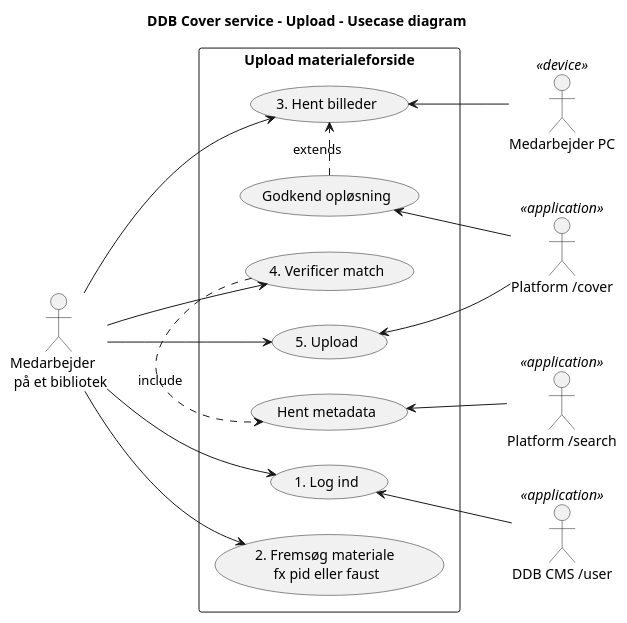
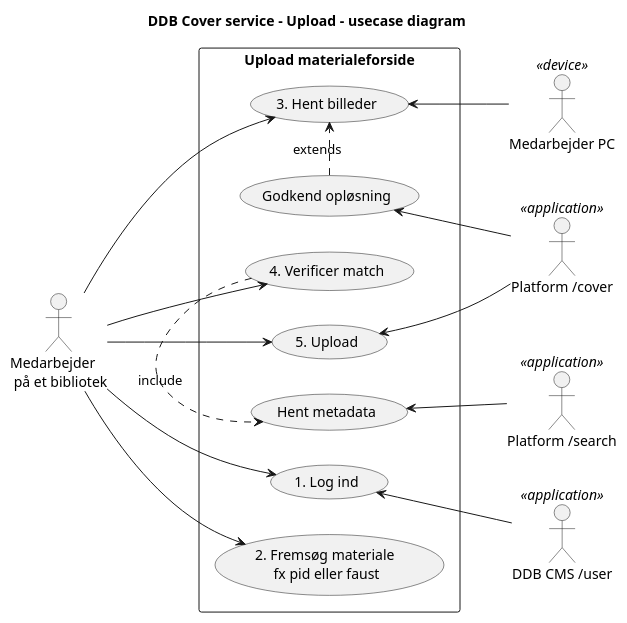
Before and after one commit to danskernesdigitalebibliotek/plantuml: the diagram in docs/services/cover/material_cover-upload_usecase_diagram.puml, drawn with PlantUML.

```diff
--- a/docs/services/cover/material_cover-upload_usecase_diagram.puml
+++ b/docs/services/cover/material_cover-upload_usecase_diagram.puml
@@ -1,34 +1,34 @@
 @startuml
 
-title "DDB Cover service - Upload - Usecase diagram"
+title "DDB Cover service - Upload - usecase diagram"
 
 left to right direction
 skinparam packageStyle rectangle
 
 actor "Medarbejder \n på et bibliotek" as medarbejder
 actor "Platform /cover" <<application>> as cover
 actor "Platform /search" <<application>> as search
 actor "Medarbejder PC" <<device>> as computer
 actor "DDB CMS /user" <<application>> as login
 
 rectangle "Upload materialeforside" {
 
 
     :medarbejder: --> (1. Log ind)
     (1. Log ind) <-- :login:
    
     :medarbejder: --> (3. Hent billeder)
     (Godkend opløsning) <-- :cover:
     (3. Hent billeder) <-- :computer:
     (Godkend opløsning) .> (3. Hent billeder) : extends
     :medarbejder: --> (2. Fremsøg materiale \n fx pid eller faust )
     
     :medarbejder: --> (4. Verificer match)
     (4. Verificer match) .> (Hent metadata) : include
     (Hent metadata) <-- :search:
 
     :medarbejder: --> (5. Upload)
     (5. Upload) <-- :cover:
 }
 
 @enduml
```
